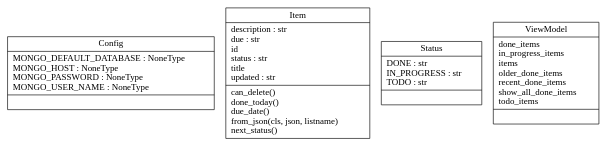
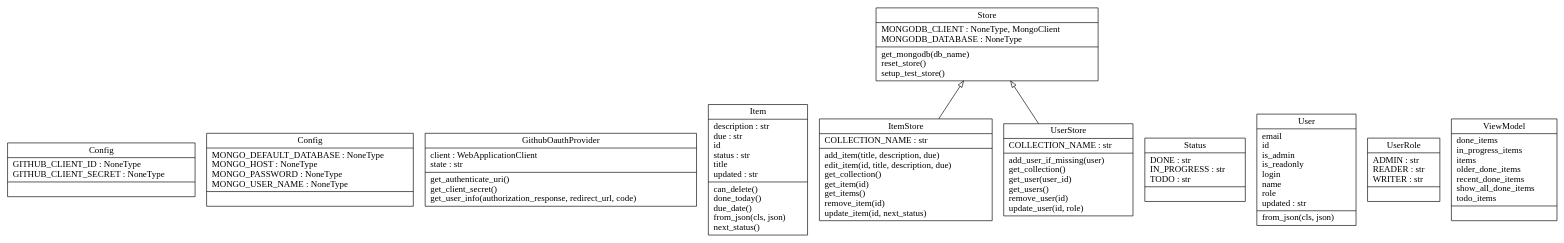
The diagram in docs/classes_ToDoApp.dot (pcoulso1/DevOps-Course-Starter), drawn with Graphviz before and after one commit. The commit also changed 4 other files, not shown here.

Commit message:
Updateing docs after adding oauth to application

```diff
--- a/docs/classes_ToDoApp.dot
+++ b/docs/classes_ToDoApp.dot
@@ -1,8 +1,17 @@
 digraph "classes_ToDoApp" {
 charset="utf-8"
 rankdir=BT
-"0" [label="{Config|MONGO_DEFAULT_DATABASE : NoneType\lMONGO_HOST : NoneType\lMONGO_PASSWORD : NoneType\lMONGO_USER_NAME : NoneType\l|}", shape="record"];
-"1" [label="{Item|description : str\ldue : str\lid\lstatus : str\ltitle\lupdated : str\l|can_delete()\ldone_today()\ldue_date()\lfrom_json(cls, json, listname)\lnext_status()\l}", shape="record"];
-"2" [label="{Status|DONE : str\lIN_PROGRESS : str\lTODO : str\l|}", shape="record"];
-"3" [label="{ViewModel|done_items\lin_progress_items\litems\lolder_done_items\lrecent_done_items\lshow_all_done_items\ltodo_items\l|}", shape="record"];
+"0" [label="{Config|GITHUB_CLIENT_ID : NoneType\lGITHUB_CLIENT_SECRET : NoneType\l|}", shape="record"];
+"1" [label="{Config|MONGO_DEFAULT_DATABASE : NoneType\lMONGO_HOST : NoneType\lMONGO_PASSWORD : NoneType\lMONGO_USER_NAME : NoneType\l|}", shape="record"];
+"2" [label="{GithubOauthProvider|client : WebApplicationClient\lstate : str\l|get_authenticate_uri()\lget_client_secret()\lget_user_info(authorization_response, redirect_url, code)\l}", shape="record"];
+"3" [label="{Item|description : str\ldue : str\lid\lstatus : str\ltitle\lupdated : str\l|can_delete()\ldone_today()\ldue_date()\lfrom_json(cls, json)\lnext_status()\l}", shape="record"];
+"4" [label="{ItemStore|COLLECTION_NAME : str\l|add_item(title, description, due)\ledit_item(id, title, description, due)\lget_collection()\lget_item(id)\lget_items()\lremove_item(id)\lupdate_item(id, next_status)\l}", shape="record"];
+"5" [label="{Status|DONE : str\lIN_PROGRESS : str\lTODO : str\l|}", shape="record"];
+"6" [label="{Store|MONGODB_CLIENT : NoneType, MongoClient\lMONGODB_DATABASE : NoneType\l|get_mongodb(db_name)\lreset_store()\lsetup_test_store()\l}", shape="record"];
+"7" [label="{User|email\lid\lis_admin\lis_readonly\llogin\lname\lrole\lupdated : str\l|from_json(cls, json)\l}", shape="record"];
+"8" [label="{UserRole|ADMIN : str\lREADER : str\lWRITER : str\l|}", shape="record"];
+"9" [label="{UserStore|COLLECTION_NAME : str\l|add_user_if_missing(user)\lget_collection()\lget_user(user_id)\lget_users()\lremove_user(id)\lupdate_user(id, role)\l}", shape="record"];
+"10" [label="{ViewModel|done_items\lin_progress_items\litems\lolder_done_items\lrecent_done_items\lshow_all_done_items\ltodo_items\l|}", shape="record"];
+"4" -> "6" [arrowhead="empty", arrowtail="none"];
+"9" -> "6" [arrowhead="empty", arrowtail="none"];
 }
```
